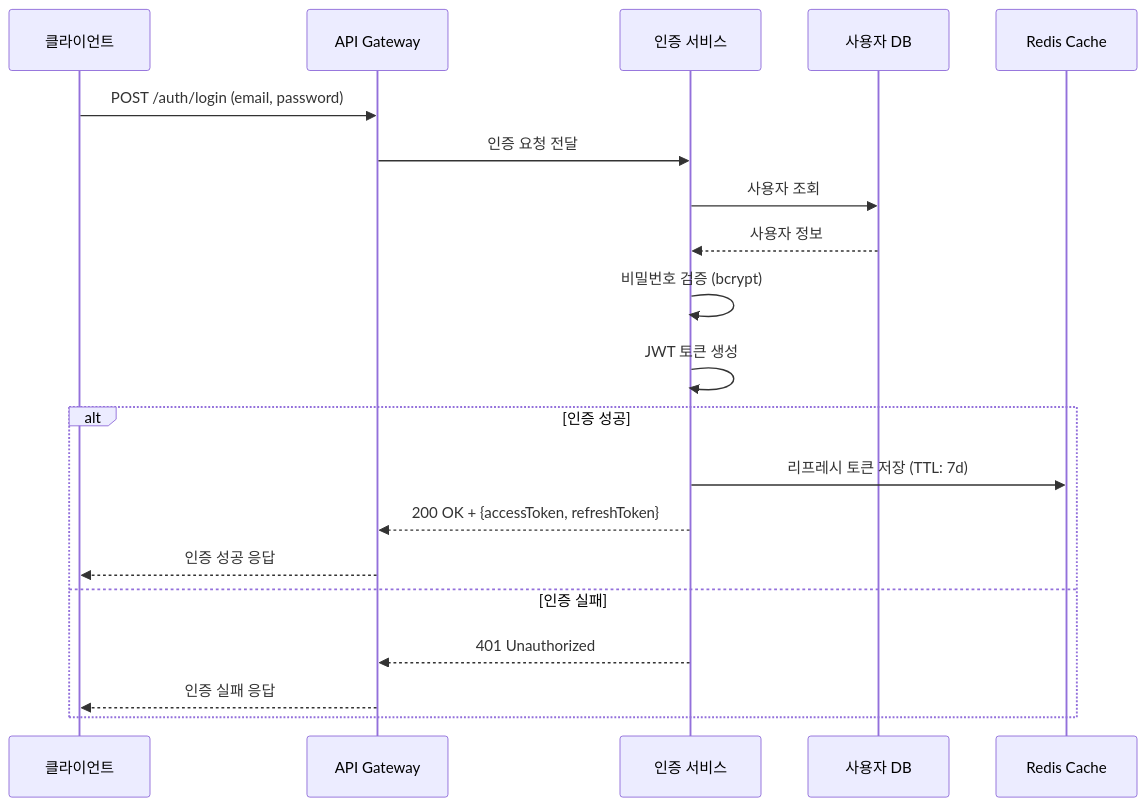
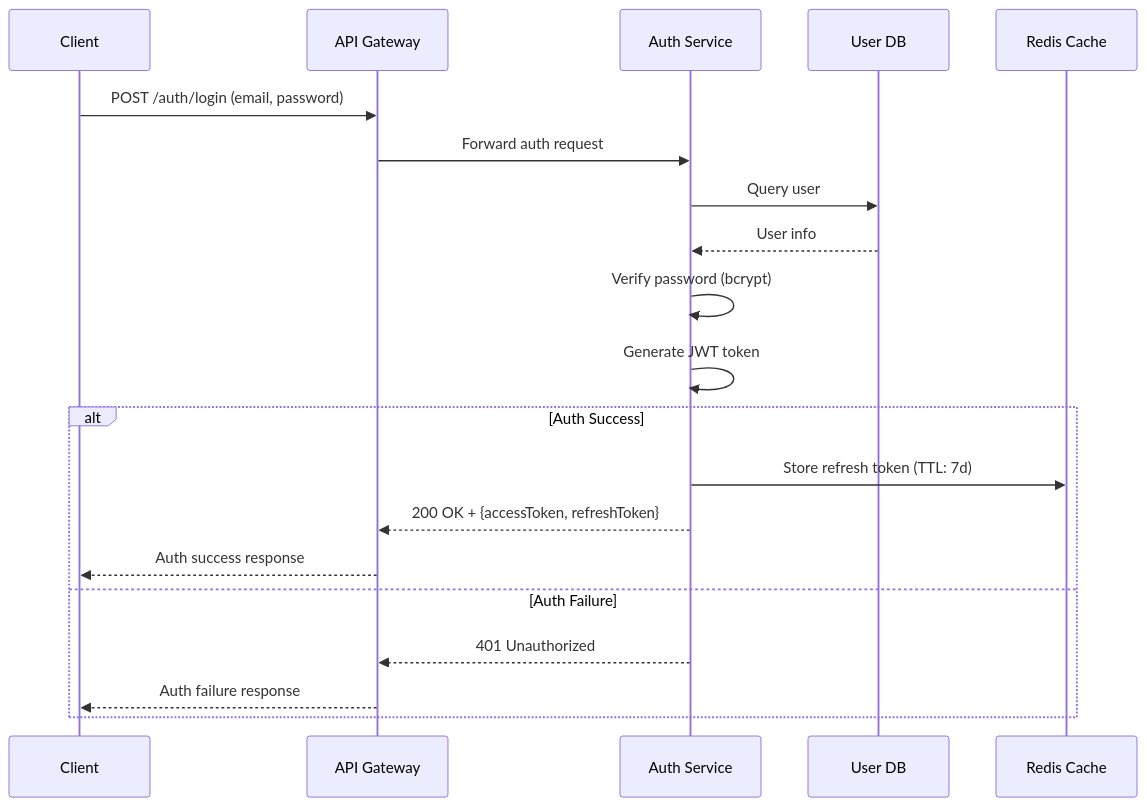
The first of 3 diagrams in plugins/sdd-tech-spec/skills/spec-examples/SKILL.md (starfishfactory/ai), drawn with Mermaid before and after one commit. The commit also changed other lines of this file and 63 other files, not shown here.

````diff
--- a/plugins/sdd-tech-spec/skills/spec-examples/SKILL.md
+++ b/plugins/sdd-tech-spec/skills/spec-examples/SKILL.md
@@ -116,24 +99,24 @@
 ```mermaid
 sequenceDiagram
-    participant Client as 클라이언트
+    participant Client
     participant Gateway as API Gateway
-    participant Auth as 인증 서비스
-    participant DB as 사용자 DB
+    participant Auth as Auth Service
+    participant DB as User DB
     participant Cache as Redis Cache
 
     Client->>Gateway: POST /auth/login (email, password)
-    Gateway->>Auth: 인증 요청 전달
-    Auth->>DB: 사용자 조회
-    DB-->>Auth: 사용자 정보
-    Auth->>Auth: 비밀번호 검증 (bcrypt)
-    Auth->>Auth: JWT 토큰 생성
+    Gateway->>Auth: Forward auth request
+    Auth->>DB: Query user
+    DB-->>Auth: User info
+    Auth->>Auth: Verify password (bcrypt)
+    Auth->>Auth: Generate JWT token
 
-    alt 인증 성공
-        Auth->>Cache: 리프레시 토큰 저장 (TTL: 7d)
+    alt Auth Success
+        Auth->>Cache: Store refresh token (TTL: 7d)
         Auth-->>Gateway: 200 OK + {accessToken, refreshToken}
-        Gateway-->>Client: 인증 성공 응답
-    else 인증 실패
+        Gateway-->>Client: Auth success response
+    else Auth Failure
         Auth-->>Gateway: 401 Unauthorized
-        Gateway-->>Client: 인증 실패 응답
+        Gateway-->>Client: Auth failure response
     end
 ```
````
